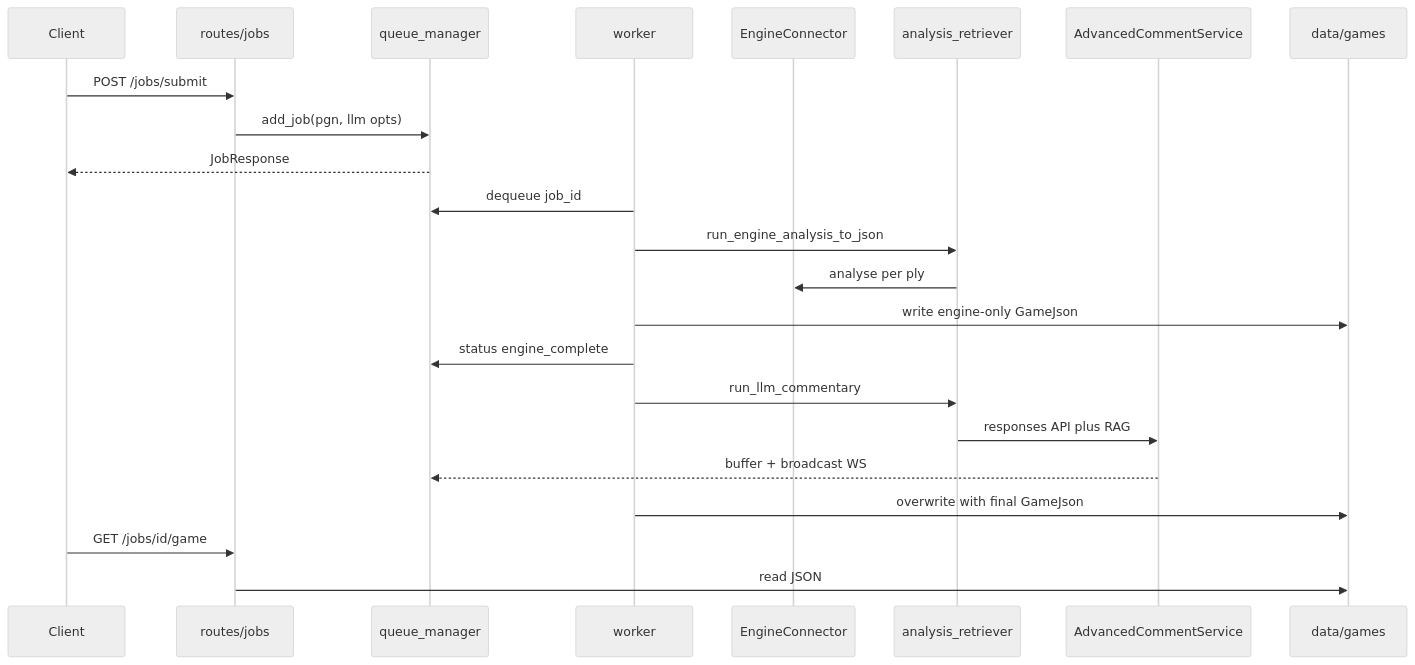
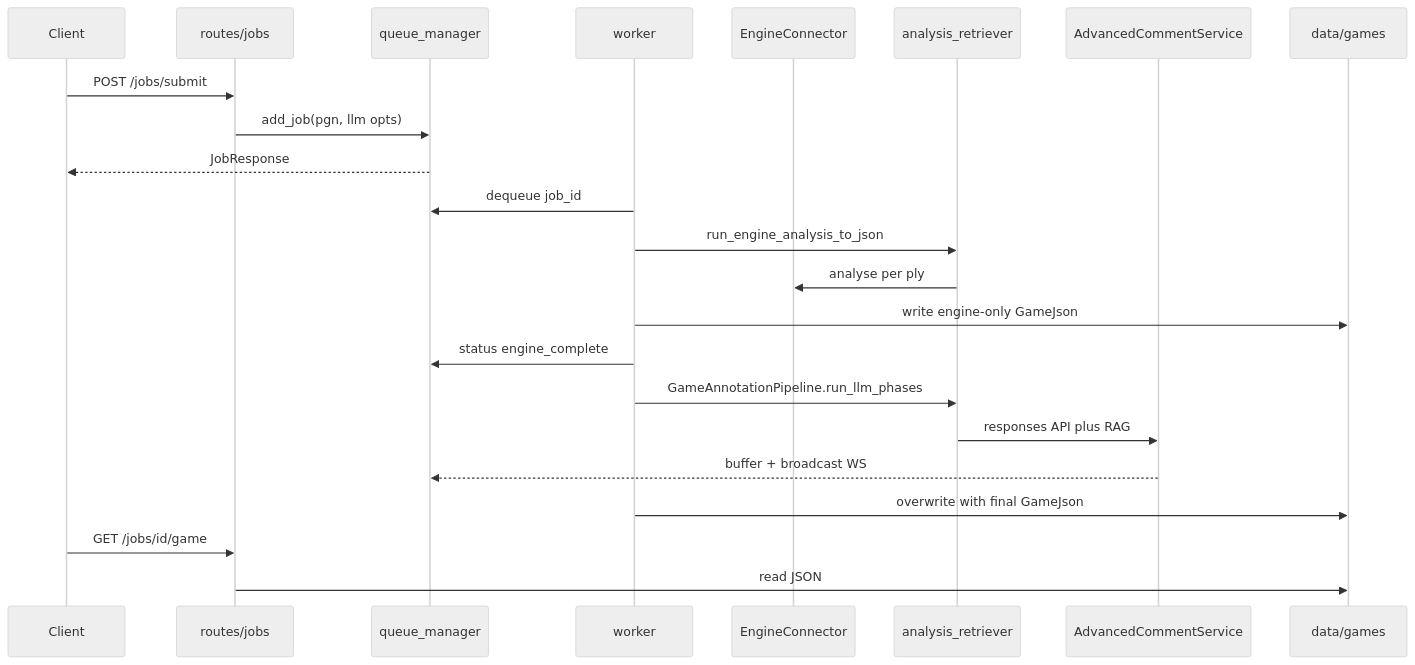
Before and after one commit to JakobSkornik/automatic-chess-annotator: the second of 3 diagrams in README.md, drawn with Mermaid (neutral theme). The commit also changed other lines of this file and 37 other files, not shown here.

````diff
--- a/README.md
+++ b/README.md
@@ -114,25 +115,25 @@
 ```mermaid
 sequenceDiagram
   participant Client
   participant Routes as routes/jobs
   participant Queue as queue_manager
   participant Worker as worker
   participant Engine as EngineConnector
   participant AR as analysis_retriever
   participant LLM as AdvancedCommentService
   participant Disk as data/games
   Client->>Routes: POST /jobs/submit
   Routes->>Queue: add_job(pgn, llm opts)
   Queue-->>Client: JobResponse
   Worker->>Queue: dequeue job_id
   Worker->>AR: run_engine_analysis_to_json
   AR->>Engine: analyse per ply
   Worker->>Disk: write engine-only GameJson
   Worker->>Queue: status engine_complete
-  Worker->>AR: run_llm_commentary
+  Worker->>AR: GameAnnotationPipeline.run_llm_phases
   AR->>LLM: responses API plus RAG
   LLM-->>Queue: buffer + broadcast WS
   Worker->>Disk: overwrite with final GameJson
   Client->>Routes: GET /jobs/id/game
   Routes->>Disk: read JSON
 ```
````
